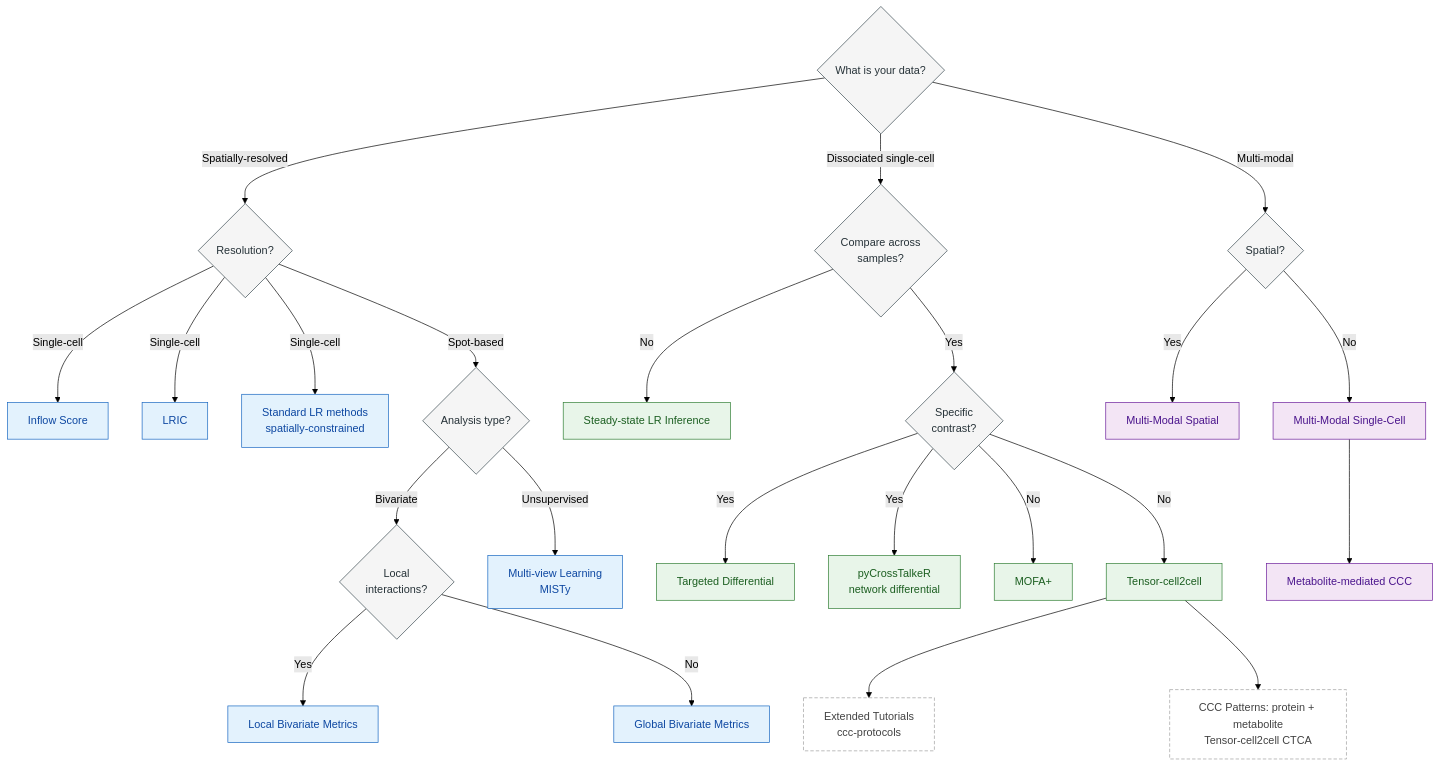
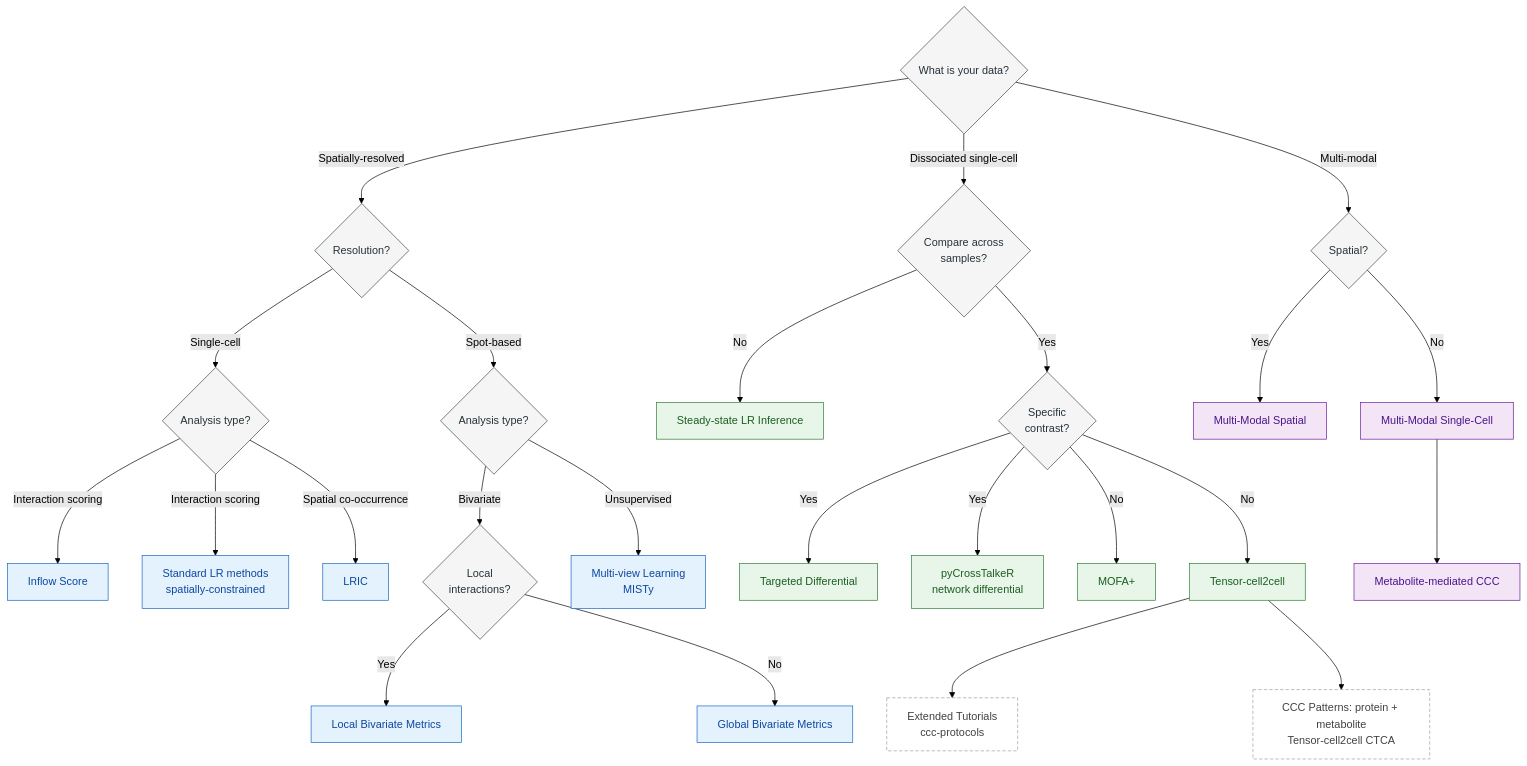
Before and after one commit to saezlab/liana-py: the diagram in README.md, drawn with Mermaid (forest theme).

Commit message:
improve diagram

````diff
--- a/README.md
+++ b/README.md
@@ -26,63 +26,64 @@
 ```mermaid
 flowchart TD
     Start{What is your data?}
 
     %% ===== Spatially-resolved =====
     Start -->|Spatially-resolved| Res{Resolution?}
-    Res -->|Single-cell| Inflow[Inflow Score]
-    Res -->|Single-cell| LRIC[LRIC]
-    Res -->|Single-cell| ScConstr[Standard LR methods<br/>spatially-constrained]
+    Res -->|Single-cell| ScType{Analysis type?}
+    ScType -->|Interaction scoring| Inflow[Inflow Score]
+    ScType -->|Interaction scoring| ScConstr[Standard LR methods<br/>spatially-constrained]
+    ScType -->|Spatial co-occurrence| LRIC[LRIC]
     Res -->|Spot-based| SpType{Analysis type?}
     SpType -->|Bivariate| LocalQ{Local<br/>interactions?}
     LocalQ -->|Yes| Local[Local Bivariate Metrics]
     LocalQ -->|No| Global[Global Bivariate Metrics]
     SpType -->|Unsupervised| MISTy[Multi-view Learning<br/>MISTy]
 
     %% ===== Dissociated single-cell =====
     Start -->|Dissociated single-cell| Compare{Compare across<br/>samples?}
     Compare -->|No| Steady[Steady-state LR Inference]
     Compare -->|Yes| Contrast{Specific<br/>contrast?}
     Contrast -->|Yes| Targeted[Targeted Differential]
     Contrast -->|Yes| CrossTalk[pyCrossTalkeR<br/>network differential]
     Contrast -->|No| MOFA[MOFA+]
     Contrast -->|No| Tensor[Tensor-cell2cell]
     Tensor --> TensorExt[Extended Tutorials<br/>ccc-protocols]
     Tensor --> TensorMet[CCC Patterns: protein + metabolite<br/>Tensor-cell2cell CTCA]
 
     %% ===== Multi-modal =====
     Start -->|Multi-modal| ModalSp{Spatial?}
     ModalSp -->|Yes| SMA[Multi-Modal Spatial]
     ModalSp -->|No| SCMulti[Multi-Modal Single-Cell]
     SCMulti --> Metab[Metabolite-mediated CCC]
 
     %% ===== Styling =====
     classDef decision fill:#f5f5f5,stroke:#37474f,stroke-width:1px,color:#263238;
     classDef spatial fill:#e3f2fd,stroke:#1565c0,color:#0d47a1;
     classDef dissoc fill:#e8f5e9,stroke:#2e7d32,color:#1b5e20;
     classDef multimodal fill:#f3e5f5,stroke:#6a1b9a,color:#4a148c;
     classDef external fill:#ffffff,stroke:#9e9e9e,stroke-dasharray:5 3,color:#424242;
 
-    class Start,Res,SpType,LocalQ,Compare,Contrast,ModalSp decision;
+    class Start,Res,ScType,SpType,LocalQ,Compare,Contrast,ModalSp decision;
     class Inflow,LRIC,ScConstr,Local,Global,MISTy spatial;
     class Steady,Targeted,CrossTalk,MOFA,Tensor dissoc;
     class SMA,SCMulti,Metab multimodal;
     class TensorExt,TensorMet external;
 
     %% ===== Links (click events) =====
     click Inflow "https://liana-py.readthedocs.io/en/latest/notebooks/inflow_score.html"
     click LRIC "https://liana-py.readthedocs.io/en/latest/notebooks/LRIC_tutorial.html"
     click ScConstr "https://liana-py.readthedocs.io/en/latest/notebooks/inflow_score.html"
     click Local "https://liana-py.readthedocs.io/en/latest/notebooks/bivariate.html"
     click Global "https://liana-py.readthedocs.io/en/latest/notebooks/bivariate.html"
     click MISTy "https://liana-py.readthedocs.io/en/latest/notebooks/misty.html"
     click Steady "https://liana-py.readthedocs.io/en/latest/notebooks/basic_usage.html"
     click Targeted "https://liana-py.readthedocs.io/en/latest/notebooks/targeted.html"
     click CrossTalk "https://liana-py.readthedocs.io/en/latest/notebooks/liana_pyCrossTalkeR.html"
     click MOFA "https://liana-py.readthedocs.io/en/latest/notebooks/mofatalk.html"
     click Tensor "https://liana-py.readthedocs.io/en/latest/notebooks/liana_c2c.html"
     click TensorExt "https://ccc-protocols.readthedocs.io/en/latest/"
     click TensorMet "https://earmingol.github.io/cell2cell/tutorials/Version2/Tensor-cell2cell-CTCA-LIANA/"
     click SMA "https://liana-py.readthedocs.io/en/latest/notebooks/sma.html"
     click SCMulti "https://liana-py.readthedocs.io/en/latest/notebooks/sc_multi.html"
     click Metab "https://liana-py.readthedocs.io/en/latest/notebooks/sc_multi.html#metabolite-mediated-ccc-from-transcriptomics-data"
 ```
````
